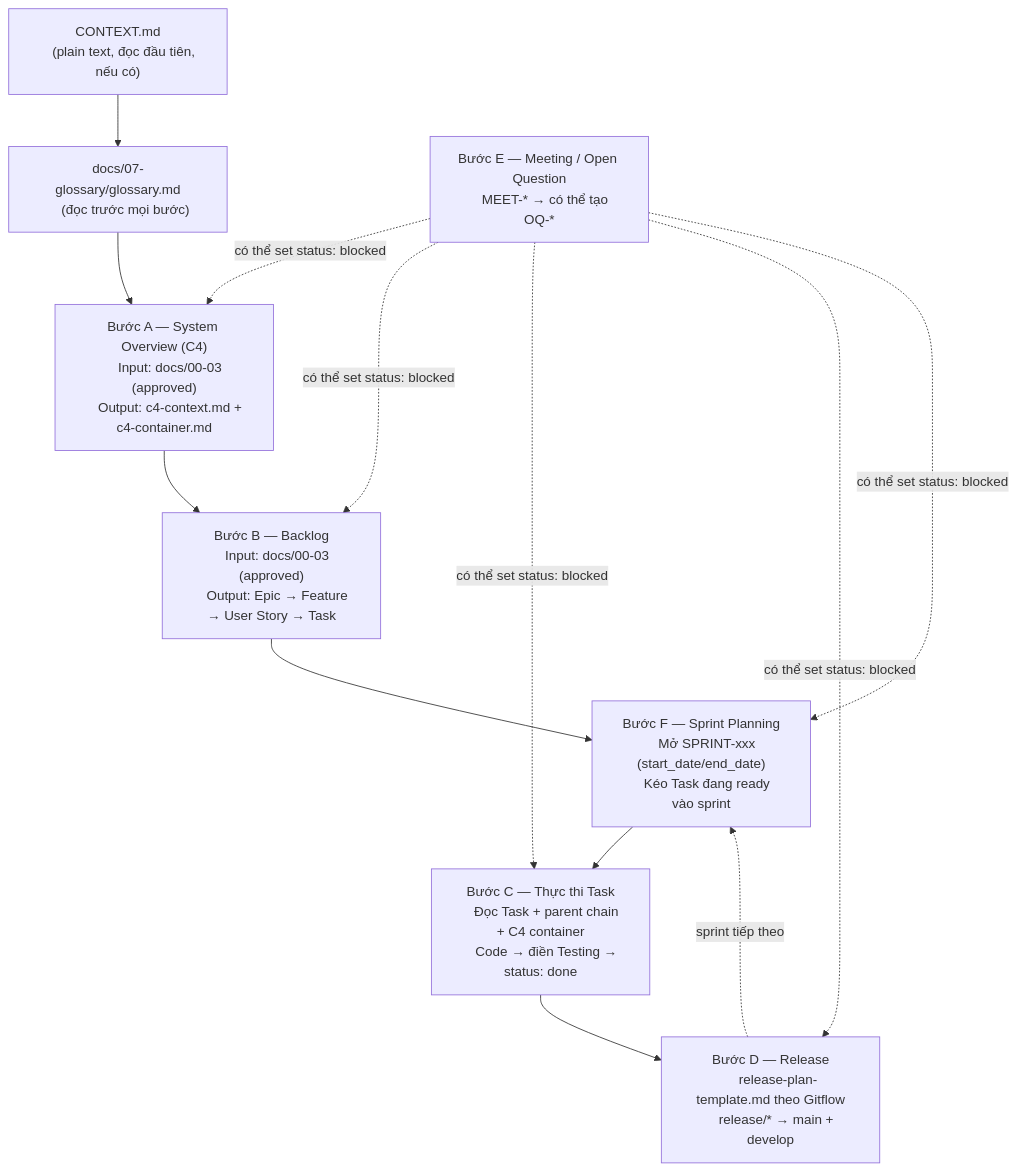
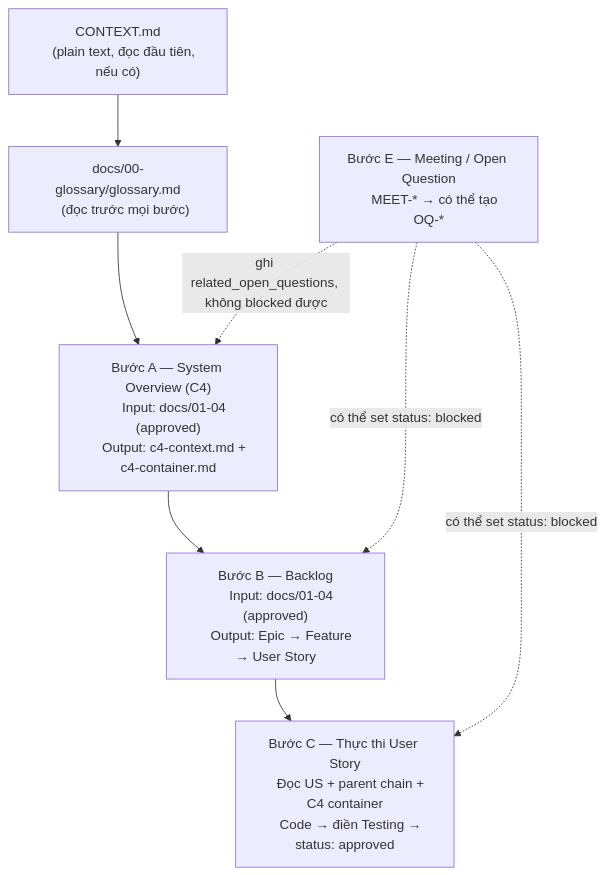
One commit to elsieej/spec-kit-template changed the first of 2 diagrams in AGENTS.md. Above: the diagram before and after it, drawn with Mermaid. The commit also changed other lines of this file and 25 other files, not shown here.

First line of the commit message:
docs(spec-kit): reshape into pure template kit — renumber docs, simplify status enum, drop Task/Sprint/Release

````diff
--- a/AGENTS.md
+++ b/AGENTS.md
@@ -16,34 +20,25 @@
 ```mermaid
 flowchart TD
     CTX["CONTEXT.md
     (plain text, đọc đầu tiên, nếu có)"]
-    G["docs/07-glossary/glossary.md
+    G["docs/00-glossary/glossary.md
     (đọc trước mọi bước)"]
 
     A["Bước A — System Overview (C4)
-    Input: docs/00-03 (approved)
+    Input: docs/01-04 (approved)
     Output: c4-context.md + c4-container.md"]
     B["Bước B — Backlog
-    Input: docs/00-03 (approved)
-    Output: Epic → Feature → User Story → Task"]
-    F["Bước F — Sprint Planning
-    Mở SPRINT-xxx (start_date/end_date)
-    Kéo Task đang ready vào sprint"]
-    C["Bước C — Thực thi Task
-    Đọc Task + parent chain + C4 container
-    Code → điền Testing → status: done"]
-    D["Bước D — Release
-    release-plan-template.md theo Gitflow
-    release/* → main + develop"]
+    Input: docs/01-04 (approved)
+    Output: Epic → Feature → User Story"]
+    C["Bước C — Thực thi User Story
+    Đọc US + parent chain + C4 container
+    Code → điền Testing → status: approved"]
     E["Bước E — Meeting / Open Question
     MEET-* → có thể tạo OQ-*"]
 
     CTX --> G --> A
-    A --> B --> F --> C --> D
-    D -. sprint tiếp theo .-> F
-    E -. có thể set status: blocked .-> A
+    A --> B --> C
+    E -. ghi related_open_questions, không blocked được .-> A
     E -. có thể set status: blocked .-> B
     E -. có thể set status: blocked .-> C
-    E -. có thể set status: blocked .-> D
-    E -. có thể set status: blocked .-> F
 ```
````
